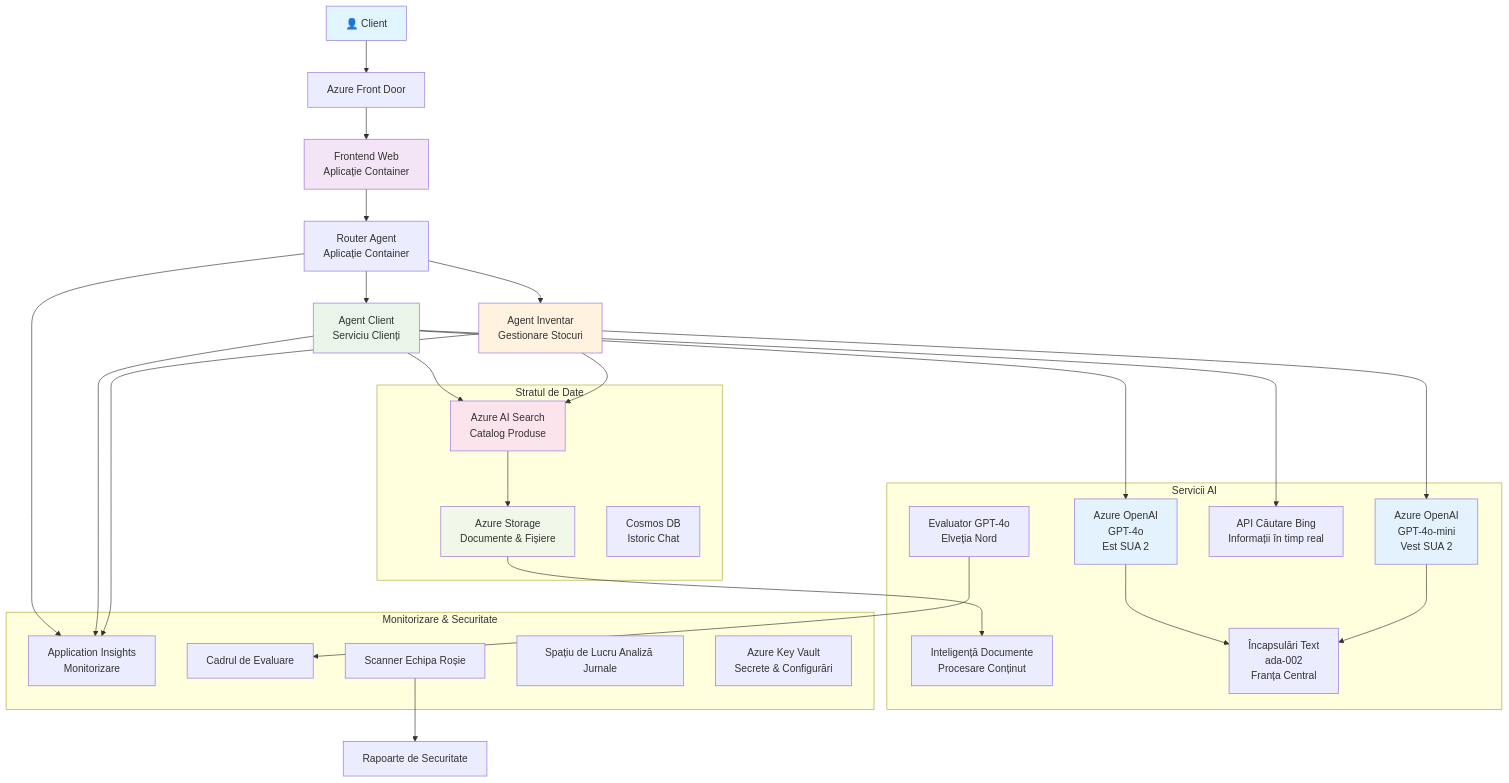
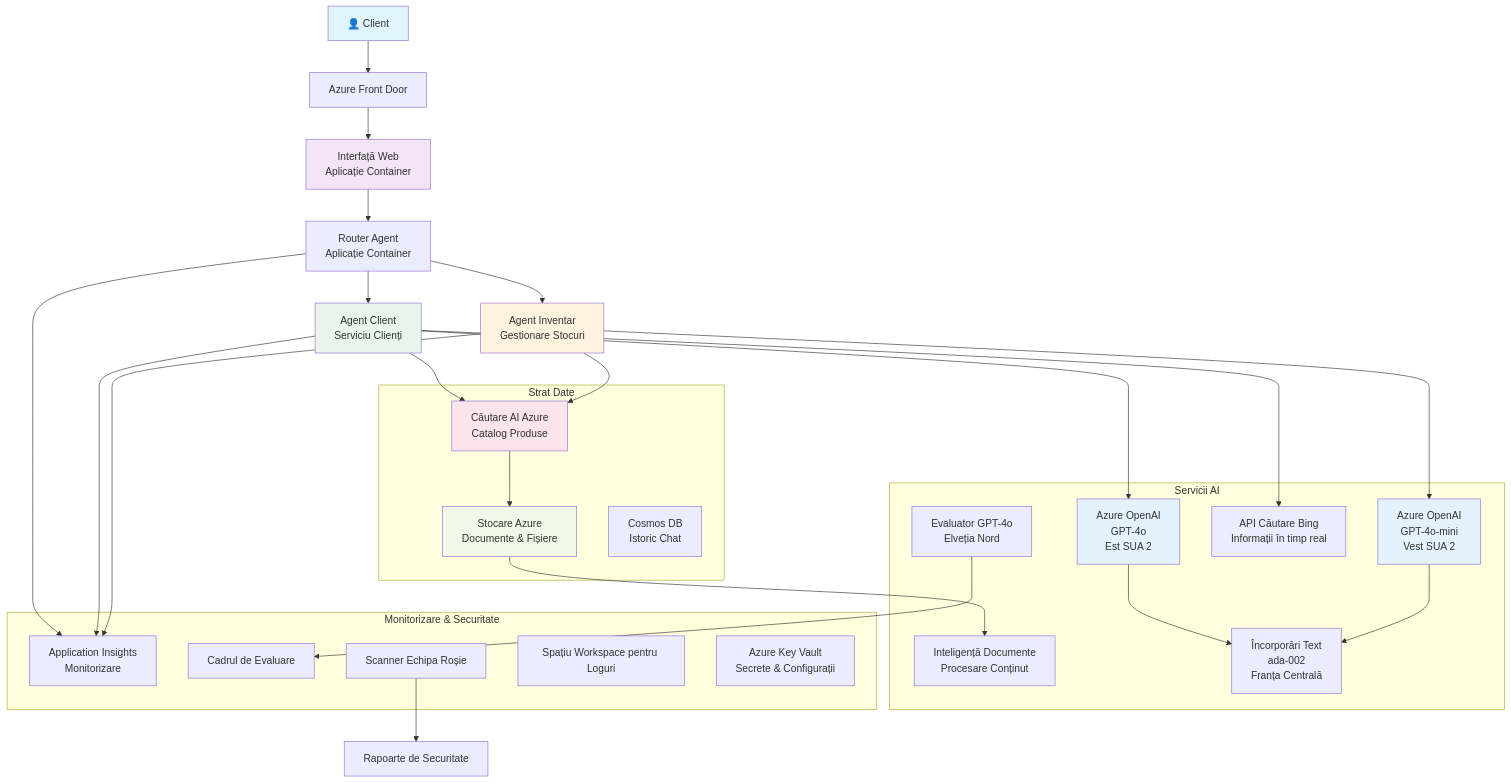
One commit to microsoft/AZD-for-beginners changed the diagram in translations/ro/examples/retail-scenario.md. Above: the diagram before and after it, drawn with Mermaid. The commit also changed other lines of this file and 242 other files, not shown here.

````diff
--- a/translations/ro/examples/retail-scenario.md
+++ b/translations/ro/examples/retail-scenario.md
@@ -148,61 +139,61 @@
 ```mermaid
 graph TB
     User[👤 Client] --> LB[Azure Front Door]
-    LB --> WebApp[Frontend Web<br/>Aplicație Container]
+    LB --> WebApp[Interfață Web<br/>Aplicație Container]
     
     WebApp --> Router[Router Agent<br/>Aplicație Container]
     Router --> CustomerAgent[Agent Client<br/>Serviciu Clienți]
     Router --> InvAgent[Agent Inventar<br/>Gestionare Stocuri]
     
     CustomerAgent --> OpenAI1[Azure OpenAI<br/>GPT-4o<br/>Est SUA 2]
     InvAgent --> OpenAI2[Azure OpenAI<br/>GPT-4o-mini<br/>Vest SUA 2]
     
-    CustomerAgent --> AISearch[Azure AI Search<br/>Catalog Produse]
+    CustomerAgent --> AISearch[Căutare AI Azure<br/>Catalog Produse]
     CustomerAgent --> BingSearch[API Căutare Bing<br/>Informații în timp real]
     InvAgent --> AISearch
     
-    AISearch --> Storage[Azure Storage<br/>Documente & Fișiere]
+    AISearch --> Storage[Stocare Azure<br/>Documente & Fișiere]
     Storage --> DocIntel[Inteligență Documente<br/>Procesare Conținut]
     
-    OpenAI1 --> Embeddings[Încapsulări Text<br/>ada-002<br/>Franța Central]
+    OpenAI1 --> Embeddings[Încorporări Text<br/>ada-002<br/>Franța Centrală]
     OpenAI2 --> Embeddings
     
     Router --> AppInsights[Application Insights<br/>Monitorizare]
     CustomerAgent --> AppInsights
     InvAgent --> AppInsights
     
     GraderModel[Evaluator GPT-4o<br/>Elveția Nord] --> Evaluation[Cadrul de Evaluare]
     RedTeam[Scanner Echipa Roșie] --> SecurityReports[Rapoarte de Securitate]
     
-    subgraph "Stratul de Date"
+    subgraph "Strat Date"
         Storage
         AISearch
         CosmosDB[Cosmos DB<br/>Istoric Chat]
     end
     
     subgraph "Servicii AI"
         OpenAI1
         OpenAI2
         Embeddings
         GraderModel
         DocIntel
         BingSearch
     end
     
     subgraph "Monitorizare & Securitate"
         AppInsights
-        LogAnalytics[Spațiu de Lucru Analiză Jurnale]
-        KeyVault[Azure Key Vault<br/>Secrete & Configurări]
+        LogAnalytics[Spațiu Workspace pentru Loguri]
+        KeyVault[Azure Key Vault<br/>Secrete & Configurații]
         RedTeam
         Evaluation
     end
     
     style User fill:#e1f5fe
     style WebApp fill:#f3e5f5
     style CustomerAgent fill:#e8f5e8
     style InvAgent fill:#fff3e0
     style OpenAI1 fill:#e3f2fd
     style OpenAI2 fill:#e3f2fd
     style AISearch fill:#fce4ec
     style Storage fill:#f1f8e9
-```
+```  
````
